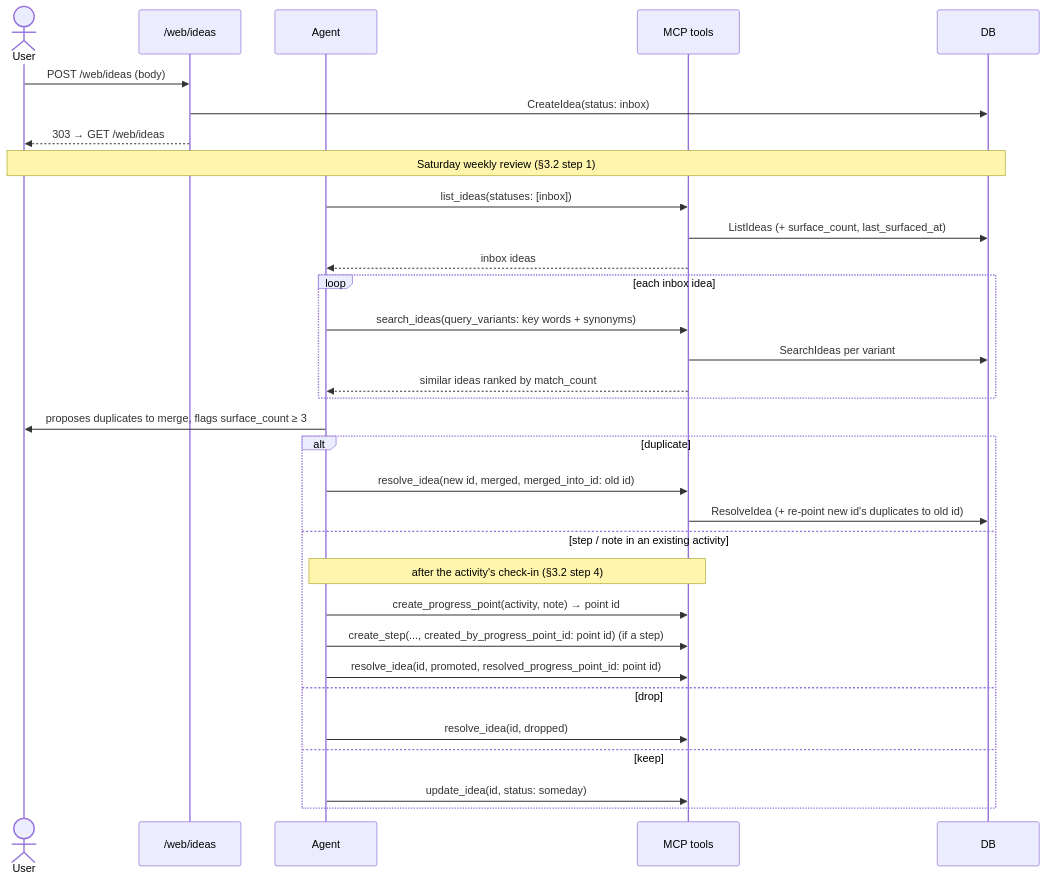
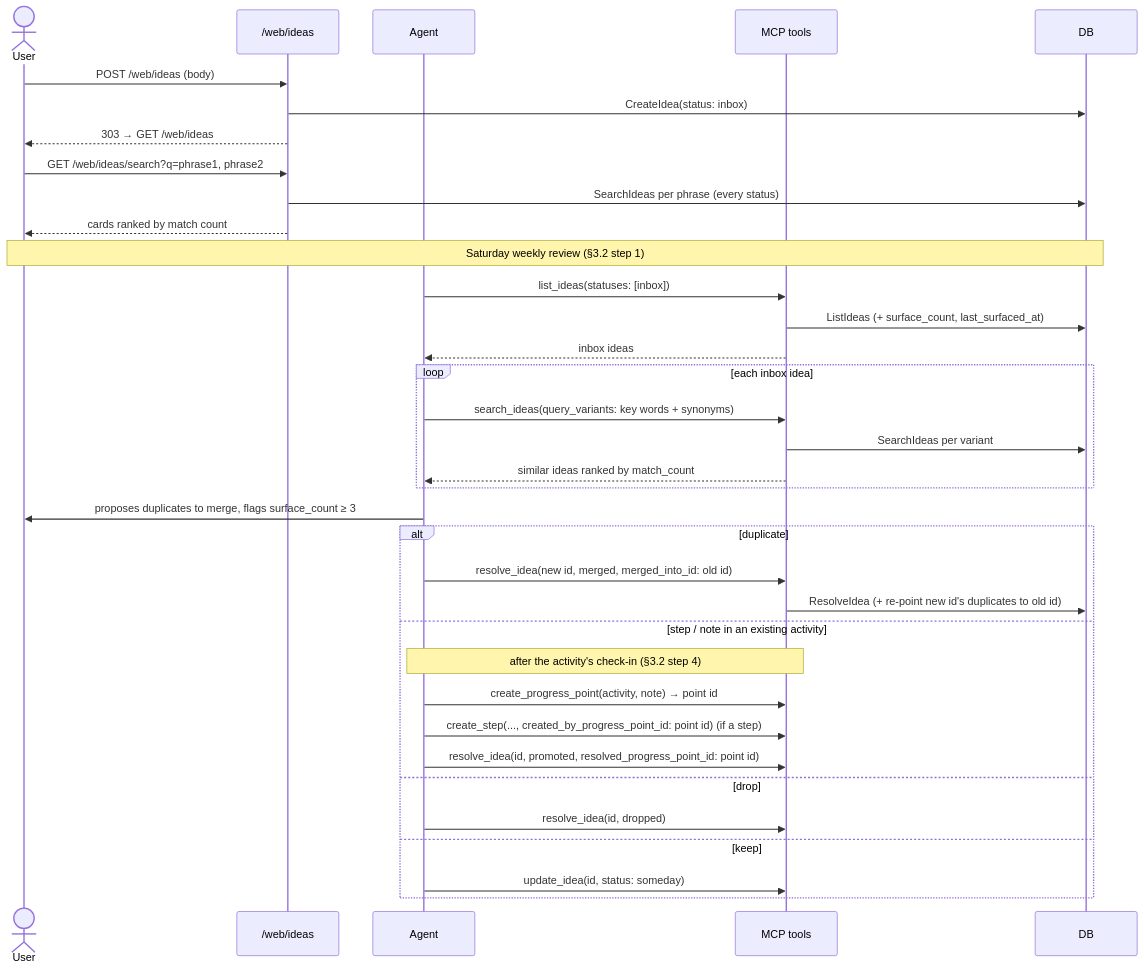
One commit to rusinikita/personal changed the third of 5 diagrams in docs/functions/ideas-spec.md. Above: the diagram before and after it, drawn with Mermaid. The commit also changed other lines of this file and 8 other files, not shown here.

First line of the commit message:
feat(ideas): rework web UI into inbox cards, spike page and search

````diff
--- a/docs/functions/ideas-spec.md
+++ b/docs/functions/ideas-spec.md
@@ -157,36 +161,39 @@
 ```mermaid
 sequenceDiagram
     actor User
     participant Web as /web/ideas
     participant Agent
     participant MCP as MCP tools
     participant DB
 
     User->>Web: POST /web/ideas (body)
     Web->>DB: CreateIdea(status: inbox)
     Web-->>User: 303 → GET /web/ideas
+    User->>Web: GET /web/ideas/search?q=phrase1, phrase2
+    Web->>DB: SearchIdeas per phrase (every status)
+    Web-->>User: cards ranked by match count
 
     Note over User,DB: Saturday weekly review (§3.2 step 1)
     Agent->>MCP: list_ideas(statuses: [inbox])
     MCP->>DB: ListIdeas (+ surface_count, last_surfaced_at)
     MCP-->>Agent: inbox ideas
     loop each inbox idea
         Agent->>MCP: search_ideas(query_variants: key words + synonyms)
         MCP->>DB: SearchIdeas per variant
         MCP-->>Agent: similar ideas ranked by match_count
     end
     Agent->>User: proposes duplicates to merge, flags surface_count ≥ 3
     alt duplicate
         Agent->>MCP: resolve_idea(new id, merged, merged_into_id: old id)
         MCP->>DB: ResolveIdea (+ re-point new id's duplicates to old id)
     else step / note in an existing activity
         Note over Agent,MCP: after the activity's check-in (§3.2 step 4)
         Agent->>MCP: create_progress_point(activity, note) → point id
         Agent->>MCP: create_step(..., created_by_progress_point_id: point id) (if a step)
         Agent->>MCP: resolve_idea(id, promoted, resolved_progress_point_id: point id)
     else drop
         Agent->>MCP: resolve_idea(id, dropped)
     else keep
         Agent->>MCP: update_idea(id, status: someday)
     end
 ```
````
